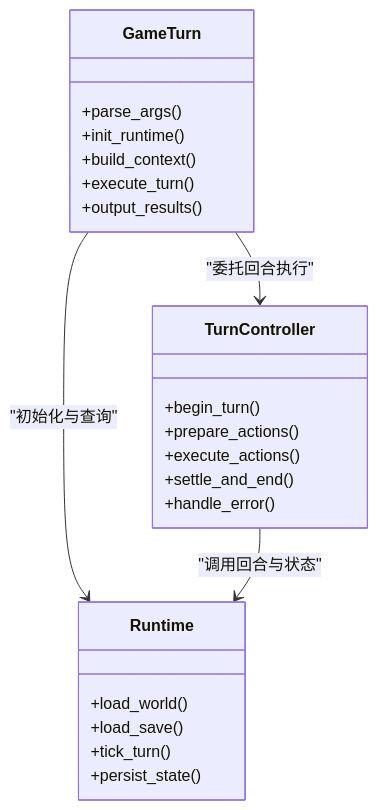
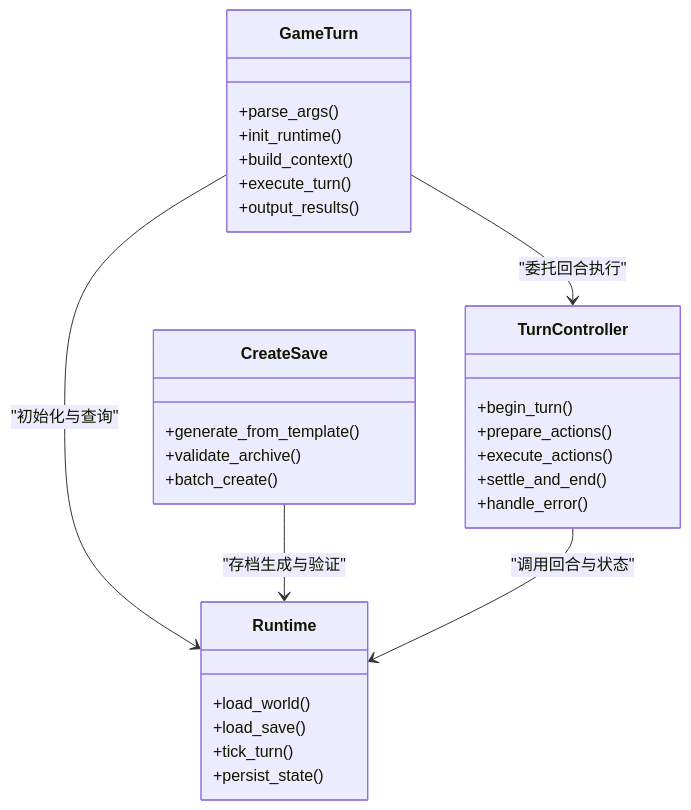
The third of 7 diagrams in .qoder/repowiki/zh/content/工具集/游戏控制工具.md (Ivandanslespace/thegreatnovel), drawn with Mermaid before and after one commit. The commit also changed other lines of this file and 264 other files, not shown here.

````diff
--- a/.qoder/repowiki/zh/content/工具集/游戏控制工具.md
+++ b/.qoder/repowiki/zh/content/工具集/游戏控制工具.md
@@ -171,26 +192,32 @@
 ```mermaid
 classDiagram
 class GameTurn {
 +parse_args()
 +init_runtime()
 +build_context()
 +execute_turn()
 +output_results()
 }
 class TurnController {
 +begin_turn()
 +prepare_actions()
 +execute_actions()
 +settle_and_end()
 +handle_error()
 }
+class CreateSave {
++generate_from_template()
++validate_archive()
++batch_create()
+}
 class Runtime {
 +load_world()
 +load_save()
 +tick_turn()
 +persist_state()
 }
 GameTurn --> TurnController : "委托回合执行"
 GameTurn --> Runtime : "初始化与查询"
+CreateSave --> Runtime : "存档生成与验证"
 TurnController --> Runtime : "调用回合与状态"
 ```
````
